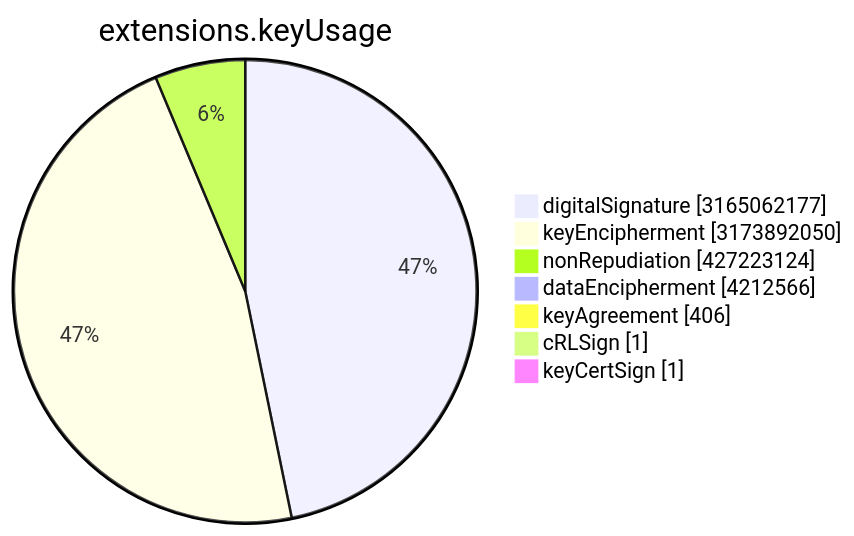
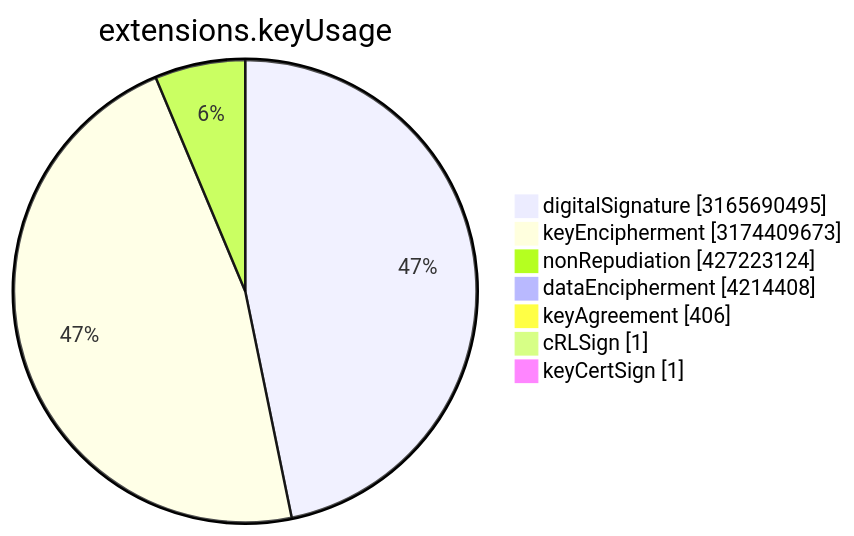
Before and after one commit to christiankrug/ctmonitor_visualization: the sixth of 15 diagrams in TOTAL/README.md, drawn with Mermaid. The commit also changed other lines of this file, not shown here.

````diff
--- a/TOTAL/README.md
+++ b/TOTAL/README.md
@@ -3077,11 +3077,11 @@
 ```mermaid
 pie showData
 title extensions.keyUsage
-"digitalSignature" :3165062177
-"keyEncipherment" :3173892050
+"digitalSignature" :3165690495
+"keyEncipherment" :3174409673
 "nonRepudiation" :427223124
-"dataEncipherment" :4212566
+"dataEncipherment" :4214408
 "keyAgreement" :406
 "cRLSign" :1
 "keyCertSign" :1
 ```
````
